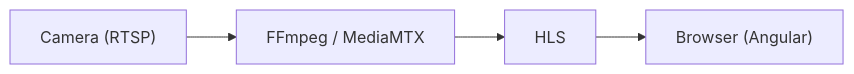
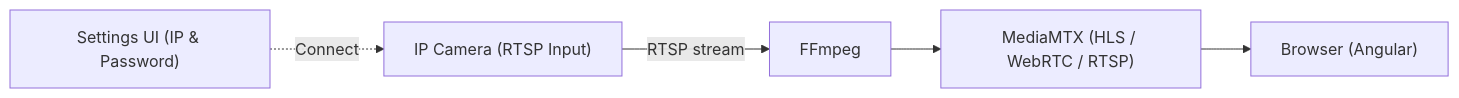
The first of 2 diagrams in README.md (mehmetc44/plaka-goz), drawn with Mermaid before and after one commit. The commit also changed other lines of this file and 8 other files, not shown here.

````diff
--- a/README.md
+++ b/README.md
@@ -37,6 +43,7 @@
 ```mermaid
 flowchart LR
-    A["Camera (RTSP)"] --> B["FFmpeg / MediaMTX"]
-    B --> C["HLS"]
+    S["Settings UI (IP & Password)"] -. "Connect" .-> A["IP Camera (RTSP Input)"]
+    A -- "RTSP stream" --> B["FFmpeg"]
+    B --> C["MediaMTX (HLS / WebRTC / RTSP)"]
     C --> D["Browser (Angular)"]
 ```
````
